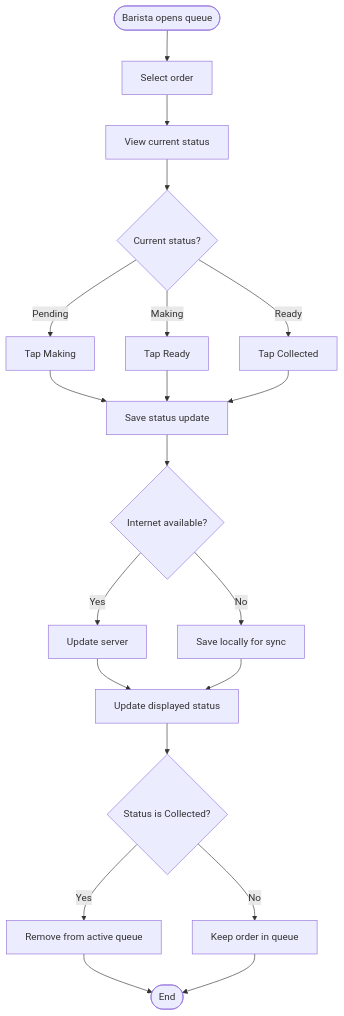
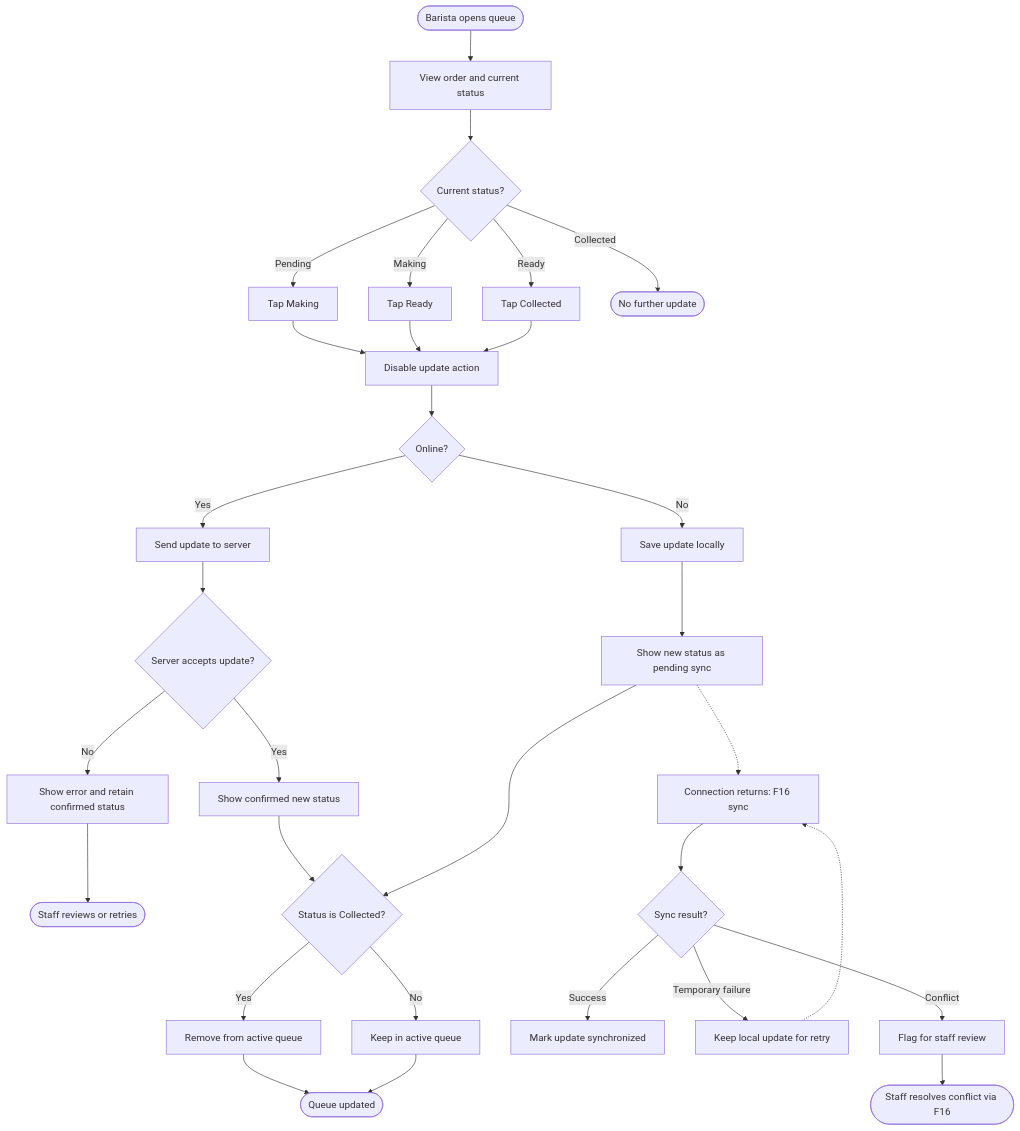
One commit to bnb-qms/beans-beats-qms changed the diagram in docs/specs/F05-one-tap-status-updates.md. Above: the diagram before and after it, drawn with Mermaid. The commit also changed other lines of this file and 1 other file, not shown here.

````diff
--- a/docs/specs/F05-one-tap-status-updates.md
+++ b/docs/specs/F05-one-tap-status-updates.md
@@ -36,22 +32,33 @@
 ```mermaid
 flowchart TD
-A([Barista opens queue]) --> B[Select order]
-B --> C[View current status]
-C --> D{Current status?}
-D -->|Pending| E[Tap Making]
-D -->|Making| F[Tap Ready]
-D -->|Ready| G[Tap Collected]
-E --> H[Save status update]
-F --> H
-G --> H
-H --> I{Internet available?}
-I -->|Yes| J[Update server]
-I -->|No| K[Save locally for sync]
-J --> L[Update displayed status]
-K --> L
-L --> M{Status is Collected?}
-M -->|Yes| N[Remove from active queue]
-M -->|No| O[Keep order in queue]
-N --> P([End])
-O --> P
+    A([Barista opens queue]) --> B[View order and current status]
+    B --> C{Current status?}
+    C -->|Pending| D[Tap Making]
+    C -->|Making| E[Tap Ready]
+    C -->|Ready| F[Tap Collected]
+    C -->|Collected| Z([No further update])
+    D --> G[Disable update action]
+    E --> G
+    F --> G
+    G --> H{Online?}
+    H -->|Yes| I[Send update to server]
+    I --> J{Server accepts update?}
+    J -->|Yes| K[Show confirmed new status]
+    J -->|No| L[Show error and retain confirmed status]
+    L --> M([Staff reviews or retries])
+    H -->|No| N[Save update locally]
+    N --> O[Show new status as pending sync]
+    K --> P{Status is Collected?}
+    O --> P
+    P -->|Yes| Q[Remove from active queue]
+    P -->|No| R[Keep in active queue]
+    Q --> S([Queue updated])
+    R --> S
+    O -.-> T[Connection returns: F16 sync]
+    T --> U{Sync result?}
+    U -->|Success| V[Mark update synchronized]
+    U -->|Temporary failure| W[Keep local update for retry]
+    U -->|Conflict| X[Flag for staff review]
+    W -.-> T
+    X --> Y([Staff resolves conflict via F16])
 ```
````
